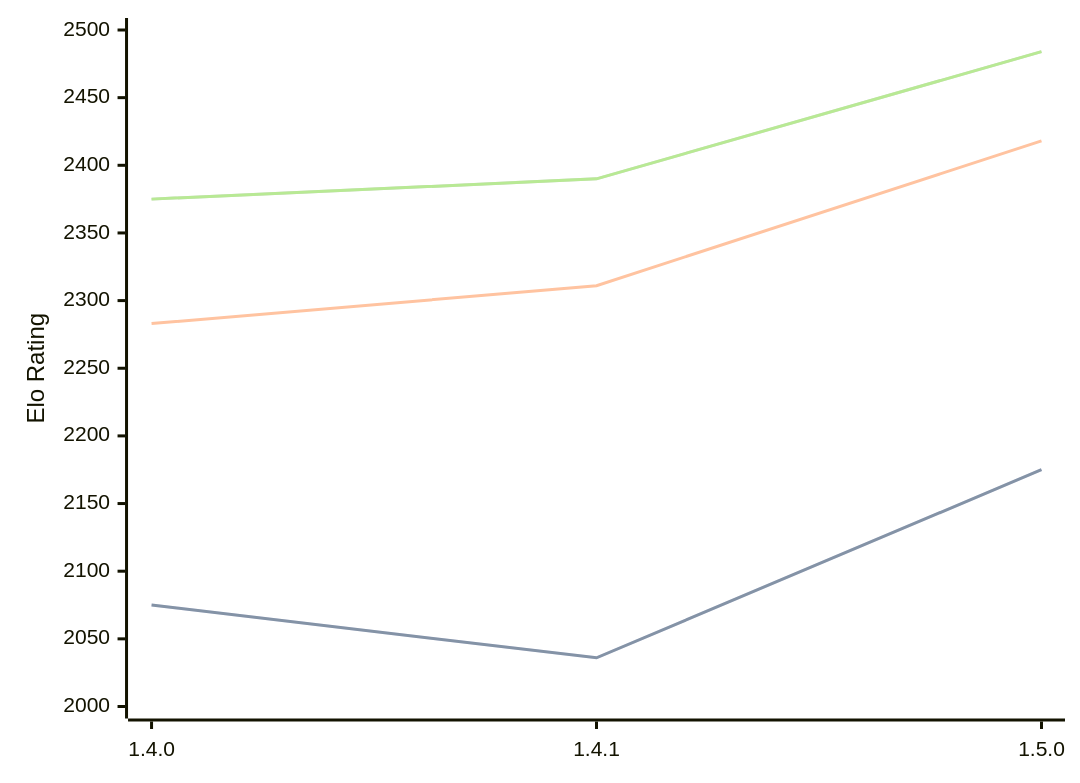
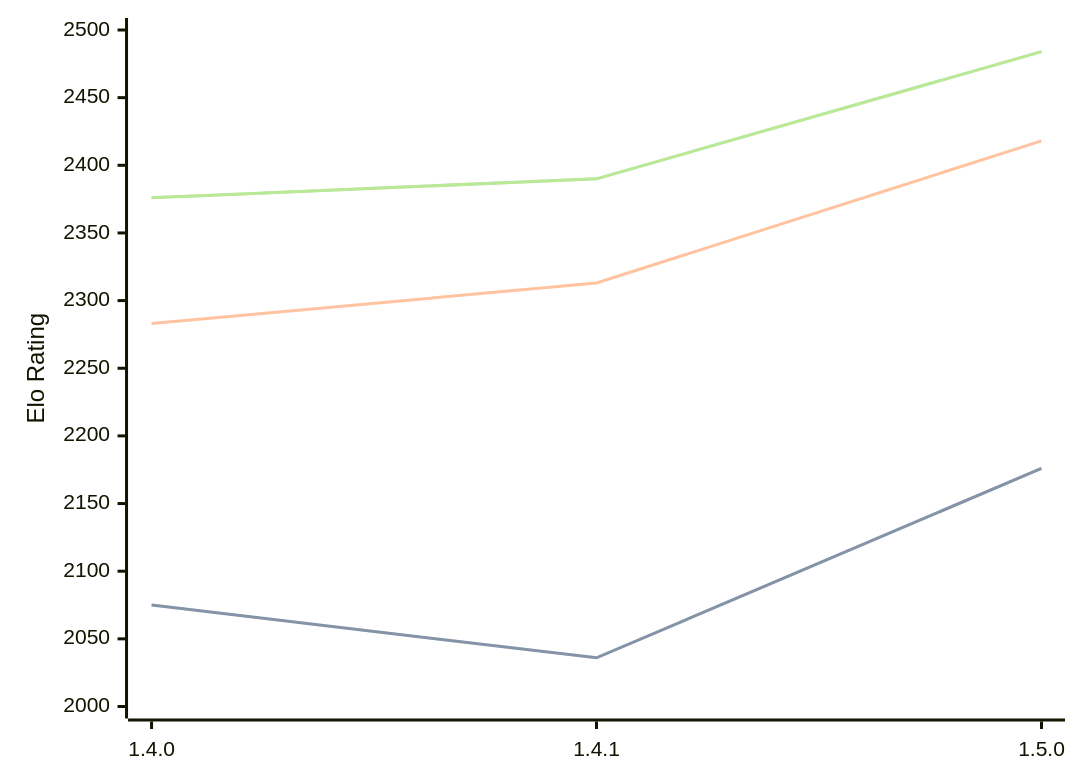
One commit to computer-chess-index/cci changed the third of 3 diagrams in engines/Tofiks.md. Above: the diagram before and after it, drawn with Mermaid. The commit also changed other lines of this file, not shown here.

Commit message:
Update CCI Ratings (ELO VLTC) - 2026-06-24

````diff
--- a/engines/Tofiks.md
+++ b/engines/Tofiks.md
@@ -70,11 +70,11 @@
 ```mermaid
 %%{init: {"theme":"base","themeVariables":{"seriesColors:['#a3a3a3','#222221','#faa371']}}}%%
 xychart-beta
   x-axis ["1.4.0", "1.4.1", "1.5.0"]
   y-axis "Elo Rating" 2000 --> 2500
-  line "STC (8.0+0.08s)" [2075, 2036, 2175]
-  line "STC (8.0+0.08s)" [2075, 2036, 2175]
-  line "LTC (60.0+0.60s)" [2283, 2311, 2418]
-  line "VLTC (2m24s+1.12s)" [2375, 2390, 2484]
-  line "VLTC (2m24s+1.12s)" [2375, 2390, 2484]
+  line "STC (8.0+0.08s)" [2075, 2036, 2176]
+  line "STC (8.0+0.08s)" [2075, 2036, 2176]
+  line "LTC (60.0+0.60s)" [2283, 2313, 2418]
+  line "VLTC (2m24s+1.12s)" [2376, 2390, 2484]
+  line "VLTC (2m24s+1.12s)" [2376, 2390, 2484]
 ```
````
